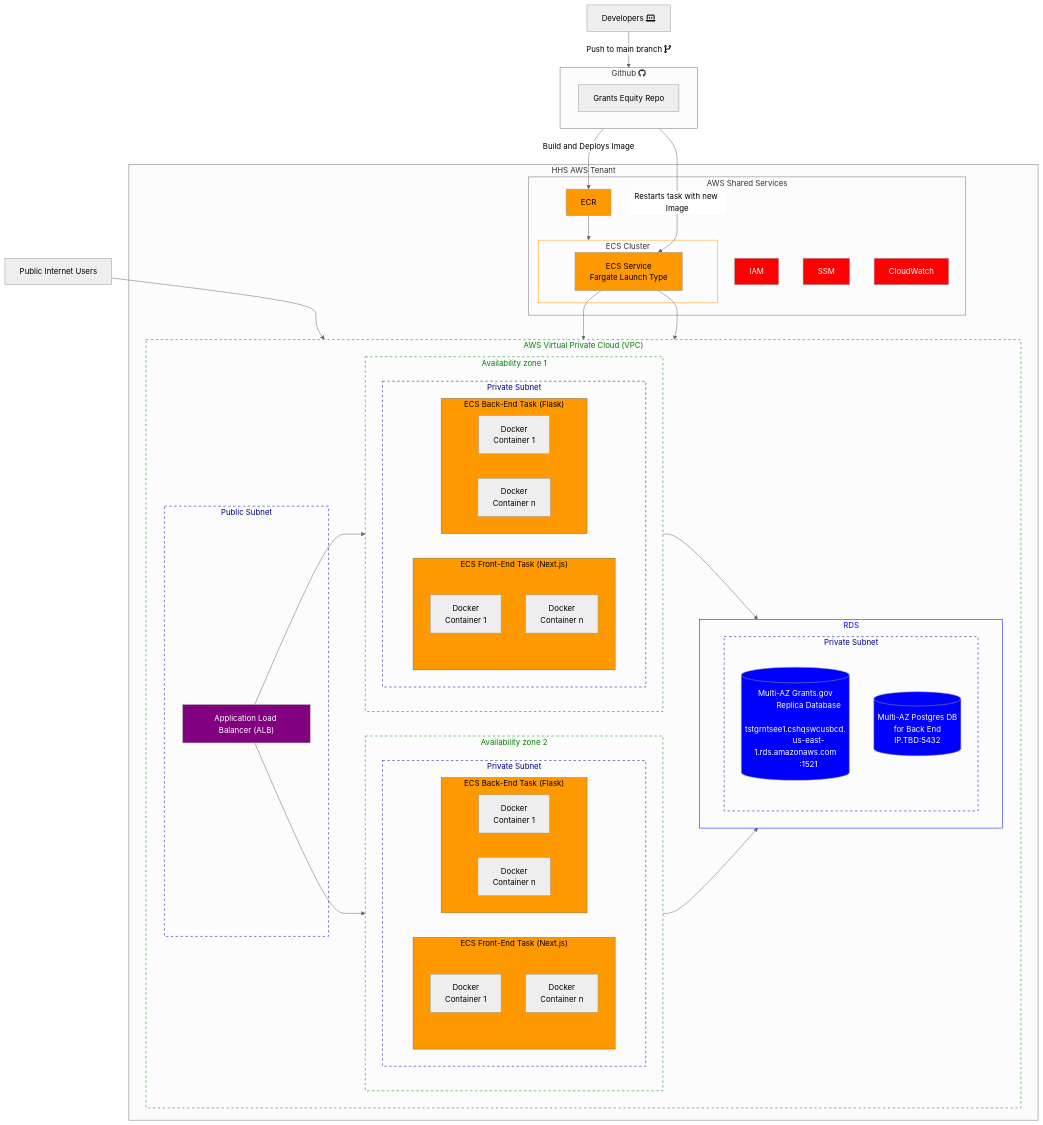
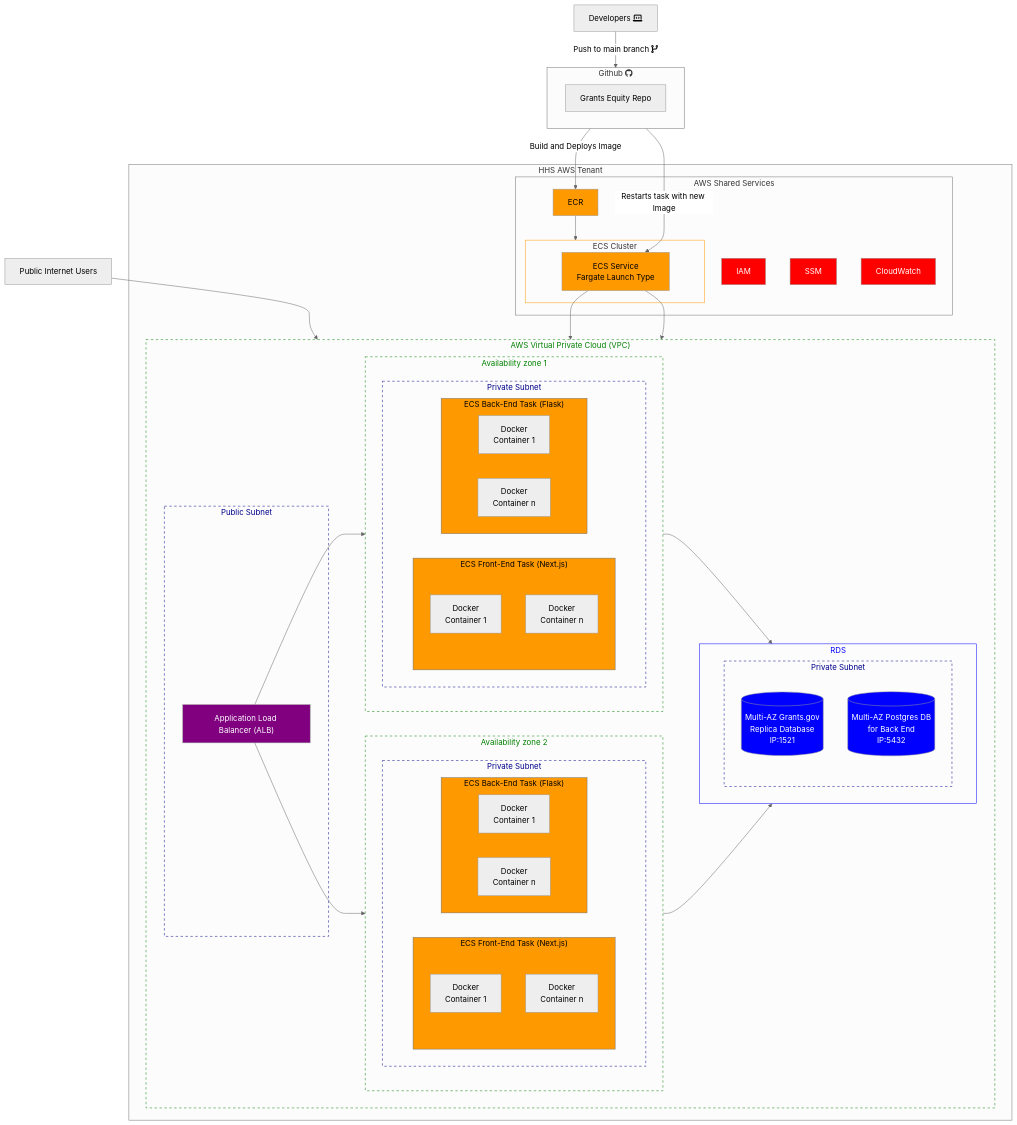
The first of 3 diagrams in documentation/architecture/README.md (HHS/simpler-grants-gov), drawn with Mermaid before and after one commit. The commit also changed other lines of this file, not shown here.

Commit message:
remove url for replica db

```diff
--- a/documentation/architecture/README.md
+++ b/documentation/architecture/README.md
@@ -93,12 +93,10 @@
         subgraph private-subnet3 [Private Subnet]
             DB[("Multi-AZ Grants.gov
             Replica Database
-            tstgrntsee1.cshqswcusbcd.
-            us-east-1.rds.amazonaws.com
-            :1521")]:::db
+            IP:1521")]:::db
             PDB[("Multi-AZ Postgres DB
             for Back End
-            IP.TBD:5432")]:::db
+            IP:5432")]:::db
         end
     end
     style RDS stroke:blue,color:blue
```
